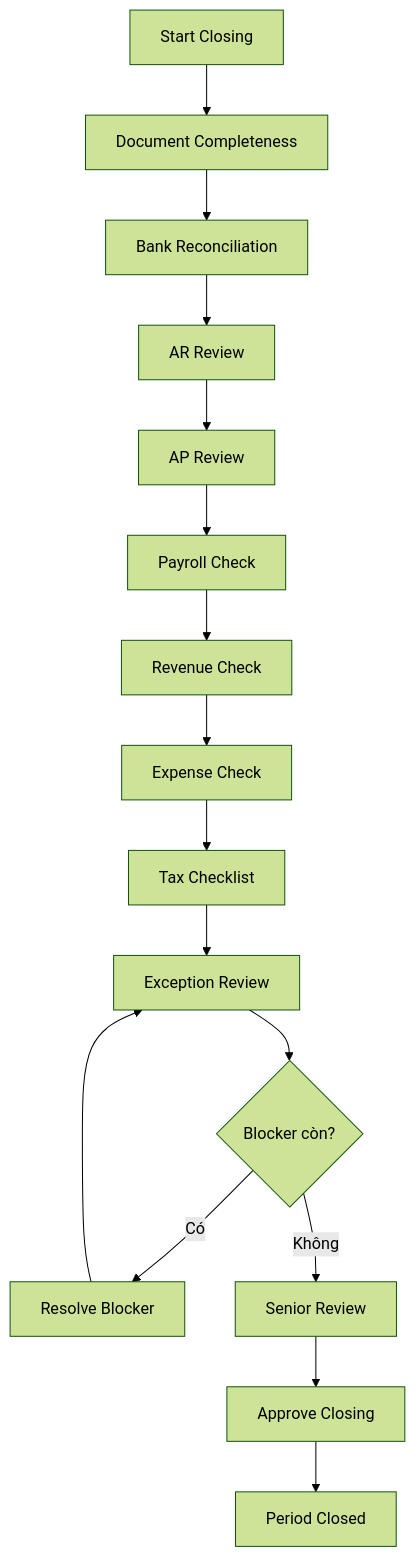
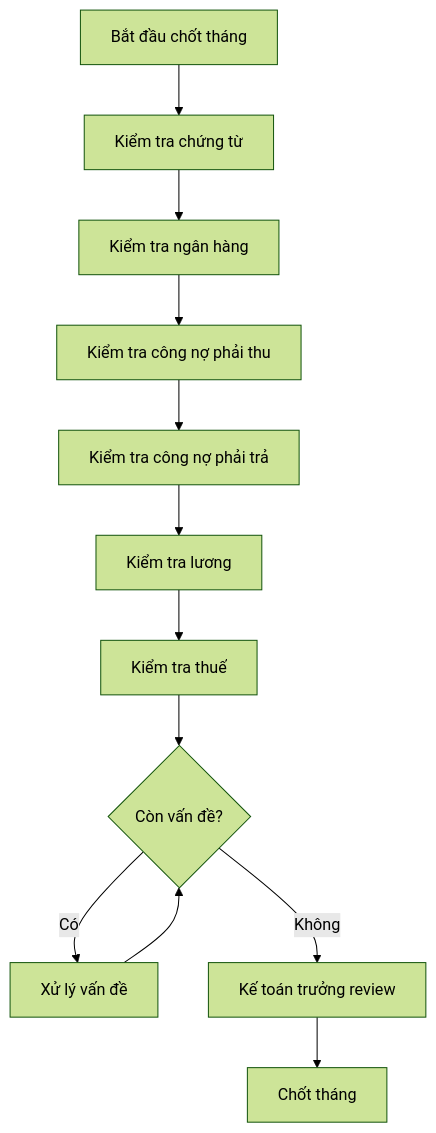
One commit to huynv81/tomtax changed the seventh of 12 diagrams in tdd.md. Above: the diagram before and after it, drawn with Mermaid (forest theme). The commit also changed other lines of this file, not shown here.

````diff
--- a/tdd.md
+++ b/tdd.md
@@ -423,20 +587,14 @@
 ```mermaid
 flowchart TD
-    A[Start Closing] --> B[Document Completeness]
-    B --> C[Bank Reconciliation]
-    C --> D[AR Review]
-    D --> E[AP Review]
-    E --> F[Payroll Check]
-    F --> G[Revenue Check]
-    G --> H[Expense Check]
-    H --> I[Tax Checklist]
-    I --> J[Exception Review]
-    J --> K{Blocker còn?}
-
-    K -->|Có| L[Resolve Blocker]
-    L --> J
-
-    K -->|Không| M[Senior Review]
-    M --> N[Approve Closing]
-    N --> O[Period Closed]
+    A[Bắt đầu chốt tháng] --> B[Kiểm tra chứng từ]
+    B --> C[Kiểm tra ngân hàng]
+    C --> D[Kiểm tra công nợ phải thu]
+    D --> E[Kiểm tra công nợ phải trả]
+    E --> F[Kiểm tra lương]
+    F --> G[Kiểm tra thuế]
+    G --> H{Còn vấn đề?}
+    H -->|Có| I[Xử lý vấn đề]
+    I --> H
+    H -->|Không| J[Kế toán trưởng review]
+    J --> K[Chốt tháng]
 ```
````
